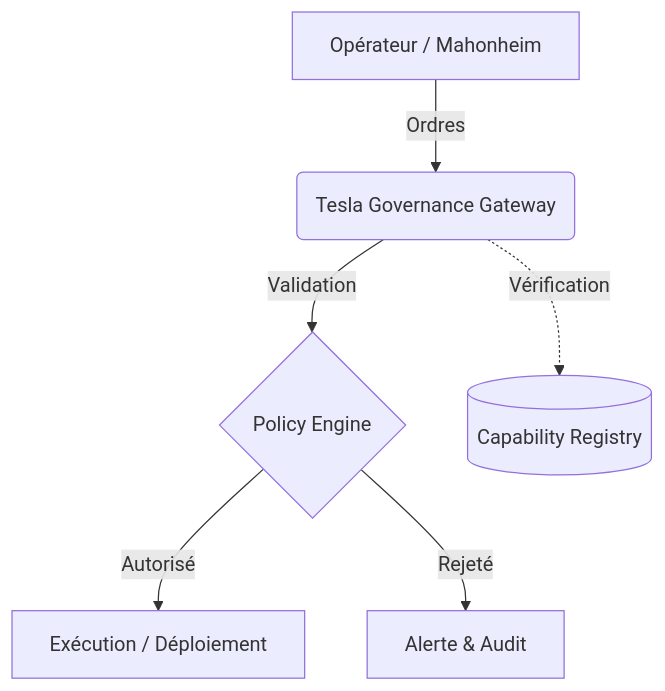
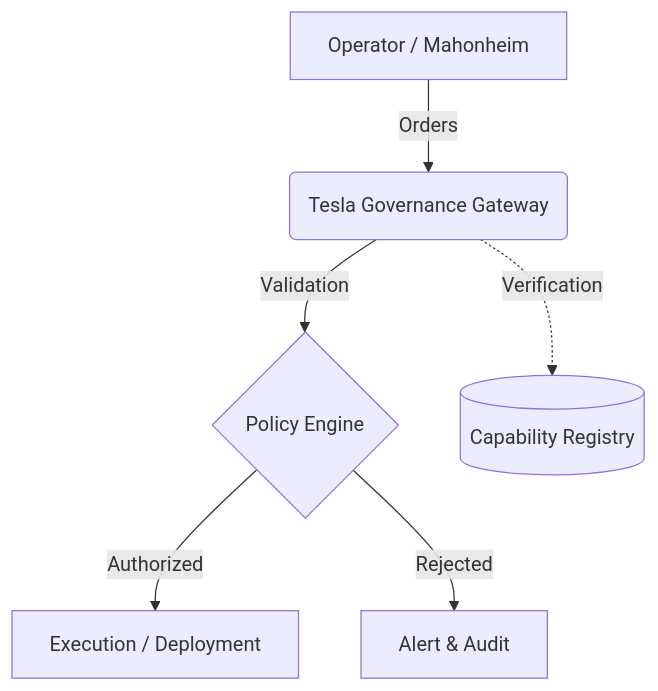
One commit to lordmahonheim-bot/Tesla-Antigravity-CLI changed the diagram in 27-Tesla-Governance-Gateway/README.md. Above: the diagram before and after it, drawn with Mermaid. The commit also changed other lines of this file and 12 other files, not shown here.

````diff
--- a/27-Tesla-Governance-Gateway/README.md
+++ b/27-Tesla-Governance-Gateway/README.md
@@ -13,8 +15,8 @@
 ```mermaid
 graph TD
-    A[Opérateur / Mahonheim] -->|Ordres| B(Tesla Governance Gateway)
+    A[Operator / Mahonheim] -->|Orders| B(Tesla Governance Gateway)
     B -->|Validation| C{Policy Engine}
-    C -->|Autorisé| D[Exécution / Déploiement]
-    C -->|Rejeté| E[Alerte & Audit]
-    B -.->|Vérification| F[(Capability Registry)]
+    C -->|Authorized| D[Execution / Deployment]
+    C -->|Rejected| E[Alert & Audit]
+    B -.->|Verification| F[(Capability Registry)]
 ```
````
